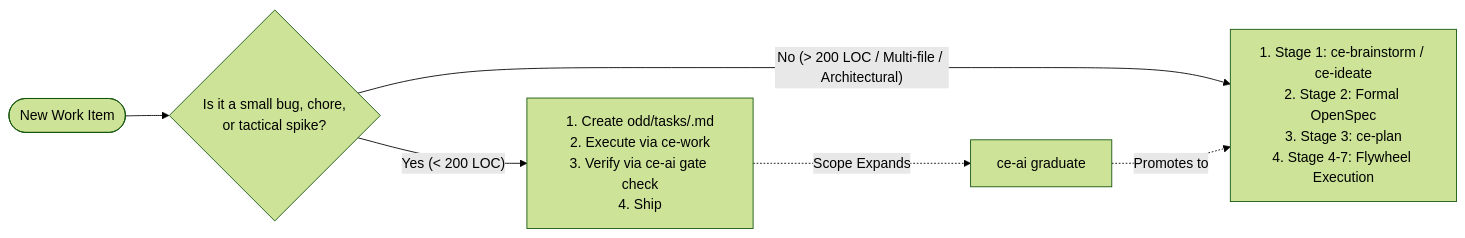
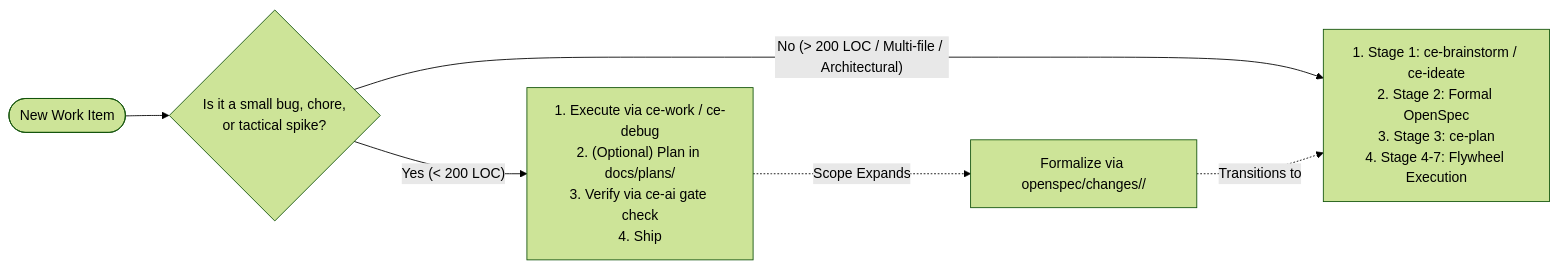
The third of 3 diagrams in docs/user-guide/odd-fast-path-and-graduation-masterclass.md (mastepanoski/ce-ai), drawn with Mermaid (forest theme) before and after one commit. The commit also changed other lines of this file and 17 other files, not shown here.

First line of the commit message:
feat(workflow): align agile fast-path with compound engineering and deprecate odd tasks (#492)

````diff
--- a/docs/user-guide/odd-fast-path-and-graduation-masterclass.md
+++ b/docs/user-guide/odd-fast-path-and-graduation-masterclass.md
@@ -222,9 +222,9 @@
 ```mermaid
 flowchart LR
     Task([New Work Item]) --> Eval{Is it a small bug, chore,<br/>or tactical spike?}
-    Eval -- Yes (< 200 LOC) --> TrackODD["1. Create odd/tasks/<feature>.md<br/>2. Execute via ce-work<br/>3. Verify via ce-ai gate check<br/>4. Ship"]
+    Eval -- Yes (< 200 LOC) --> TrackFastPath["1. Execute via ce-work / ce-debug<br/>2. (Optional) Plan in docs/plans/<br/>3. Verify via ce-ai gate check<br/>4. Ship"]
     Eval -- No (> 200 LOC / Multi-file / Architectural) --> TrackCE["1. Stage 1: ce-brainstorm / ce-ideate<br/>2. Stage 2: Formal OpenSpec<br/>3. Stage 3: ce-plan<br/>4. Stage 4-7: Flywheel Execution"]
-    
-    TrackODD -. Scope Expands .-> Grad["ce-ai graduate <feature>"]
-    Grad -. Promotes to .-> TrackCE
+
+    TrackFastPath -. Scope Expands .-> Plan["Formalize via openspec/changes/<feature>/"]
+    Plan -. Transitions to .-> TrackCE
 ```
````
